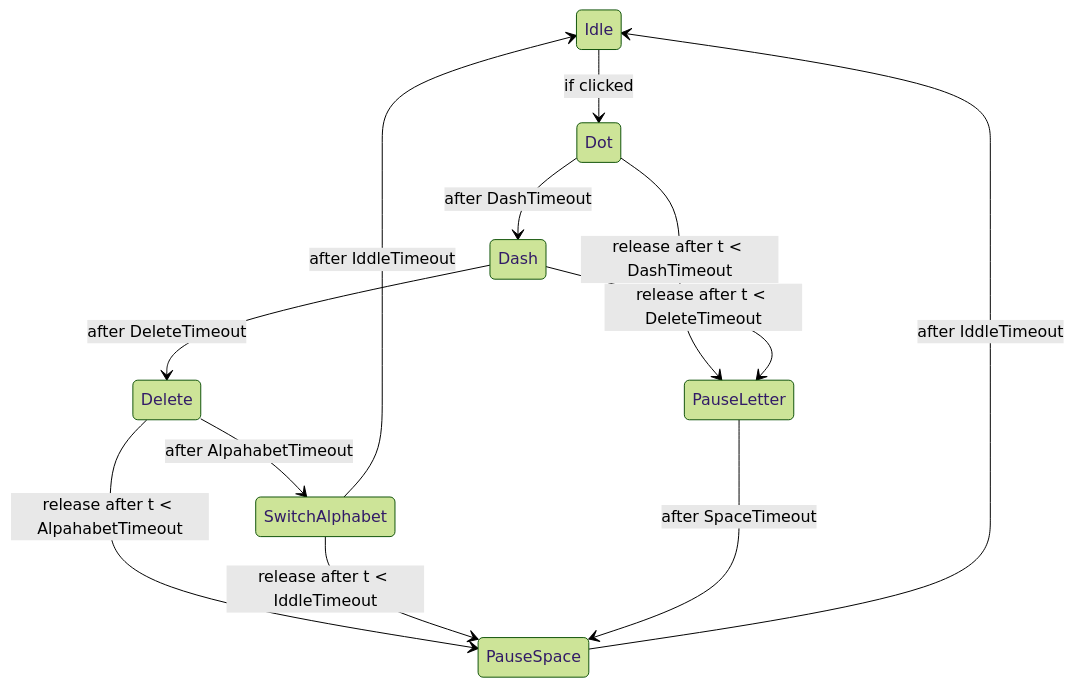
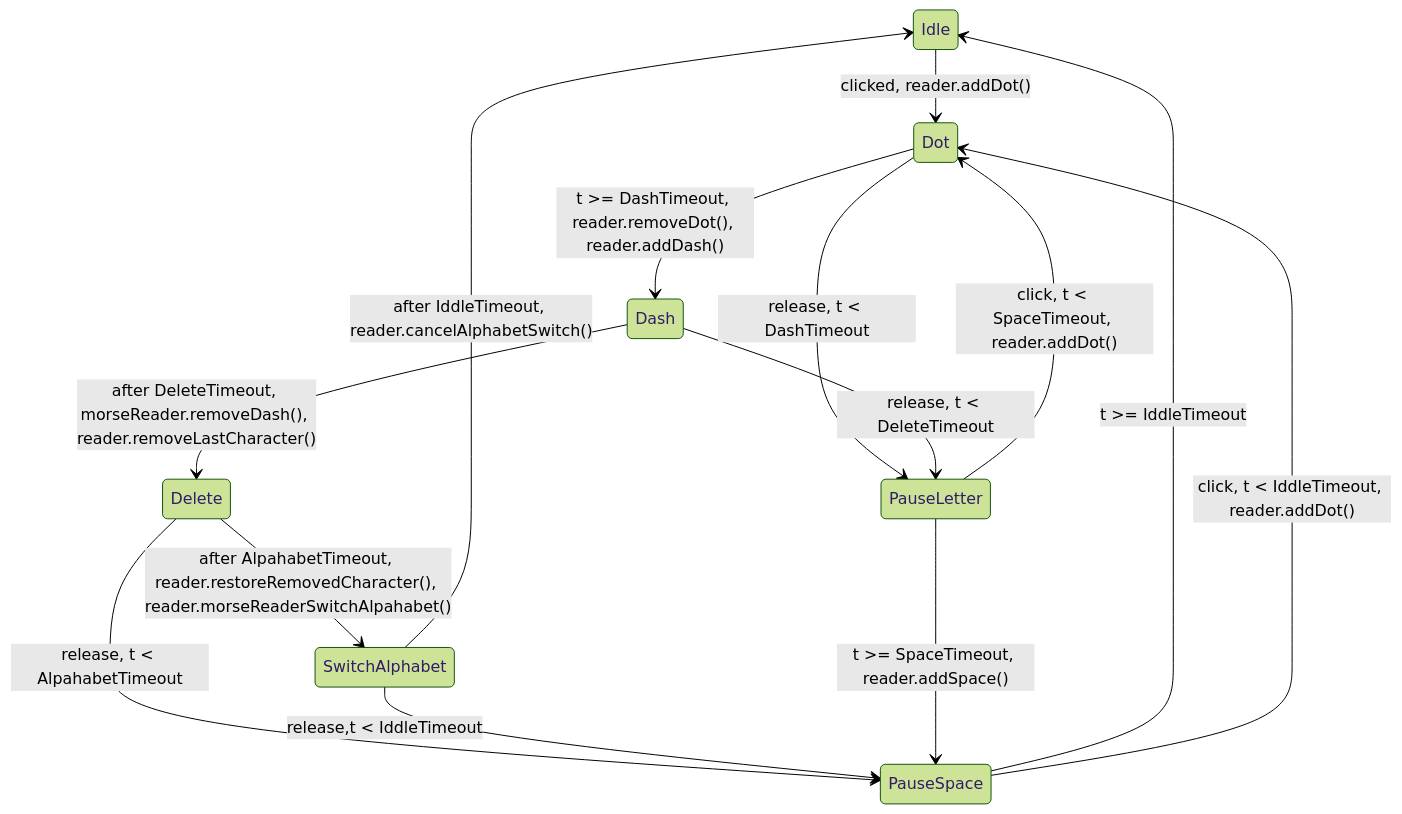
Before and after one commit to maxistar/morsetrainer-site: the first of 2 diagrams in readme.md, drawn with Mermaid (forest theme). The commit also changed other lines of this file, not shown here.

Commit message:
added a new diagram

````diff
--- a/readme.md
+++ b/readme.md
@@ -18,26 +20,30 @@
 ```mermaid
 
 stateDiagram
-    Idle --> Dot: if clicked
+    Idle --> Dot: clicked, reader.addDot()
+    
+    Dot --> Dash: t >= DashTimeout, reader.removeDot(), reader.addDash()
 
-    Dot --> Dash: after DashTimeout
+    Dash --> Delete: after DeleteTimeout, morseReader.removeDash(), reader.removeLastCharacter()
+    
+    Delete --> SwitchAlphabet: after AlpahabetTimeout, reader.restoreRemovedCharacter(), reader.morseReaderSwitchAlpahabet()
+    
+    SwitchAlphabet --> Idle: after IddleTimeout, reader.cancelAlphabetSwitch()
+    
+    Dot --> PauseLetter: release, t < DashTimeout
+    
+    Dash --> PauseLetter: release, t < DeleteTimeout
 
-    Dash --> Delete: after DeleteTimeout
+    Delete --> PauseSpace: release, t < AlpahabetTimeout
+
+    SwitchAlphabet --> PauseSpace: release,t < IddleTimeout
+
+    PauseLetter --> Dot: click, t < SpaceTimeout, reader.addDot()
+
+    PauseLetter --> PauseSpace: t >= SpaceTimeout, reader.addSpace()
     
-    Delete --> SwitchAlphabet: after AlpahabetTimeout
+    PauseSpace --> Idle: t >= IddleTimeout
     
-    SwitchAlphabet --> Idle: after IddleTimeout
-    
-    Dot --> PauseLetter: release after t < DashTimeout
-    
-    Dash --> PauseLetter: release after t < DeleteTimeout
-
-    Delete --> PauseSpace: release after t < AlpahabetTimeout
-
-    SwitchAlphabet --> PauseSpace: release after t < IddleTimeout
-
-    PauseLetter --> PauseSpace: after SpaceTimeout
-    
-    PauseSpace --> Idle: after IddleTimeout
+    PauseSpace --> Dot: click, t < IddleTimeout, reader.addDot()
 
 ```
````
